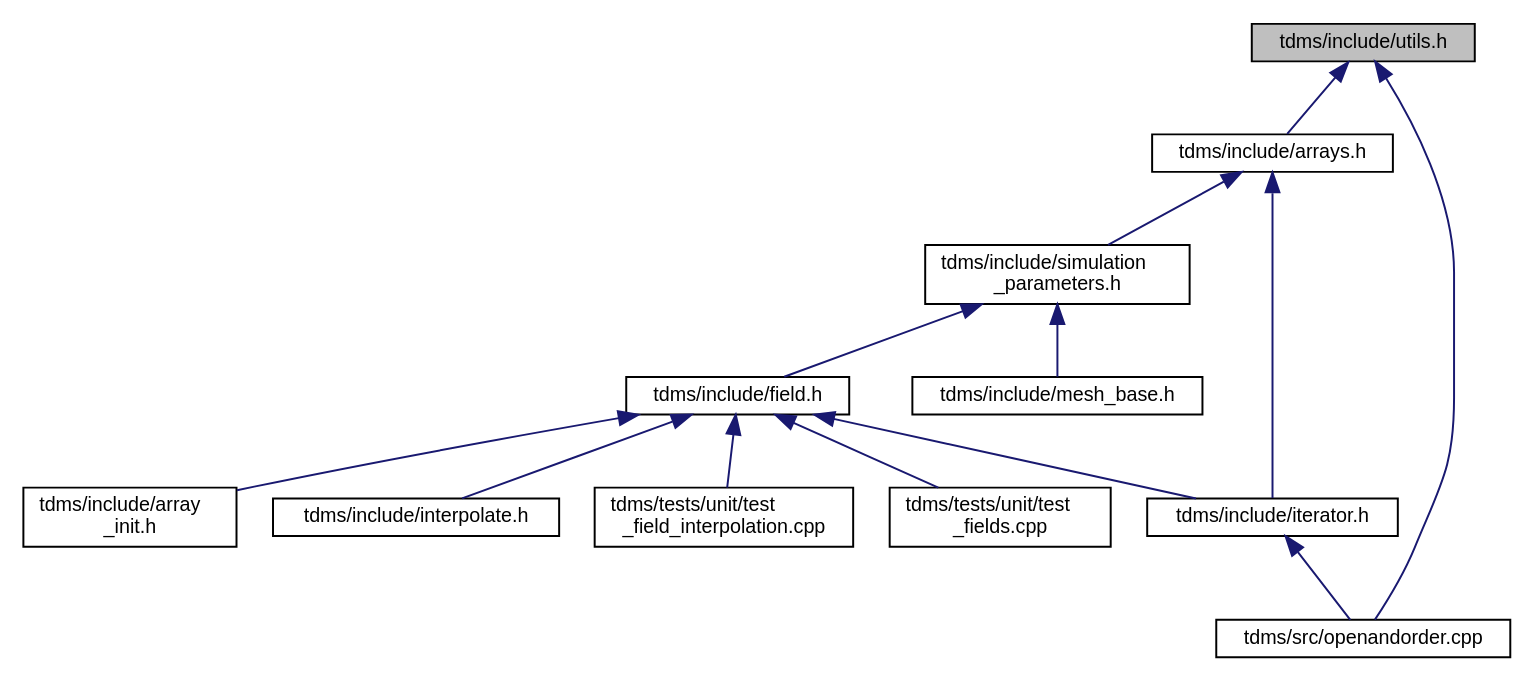
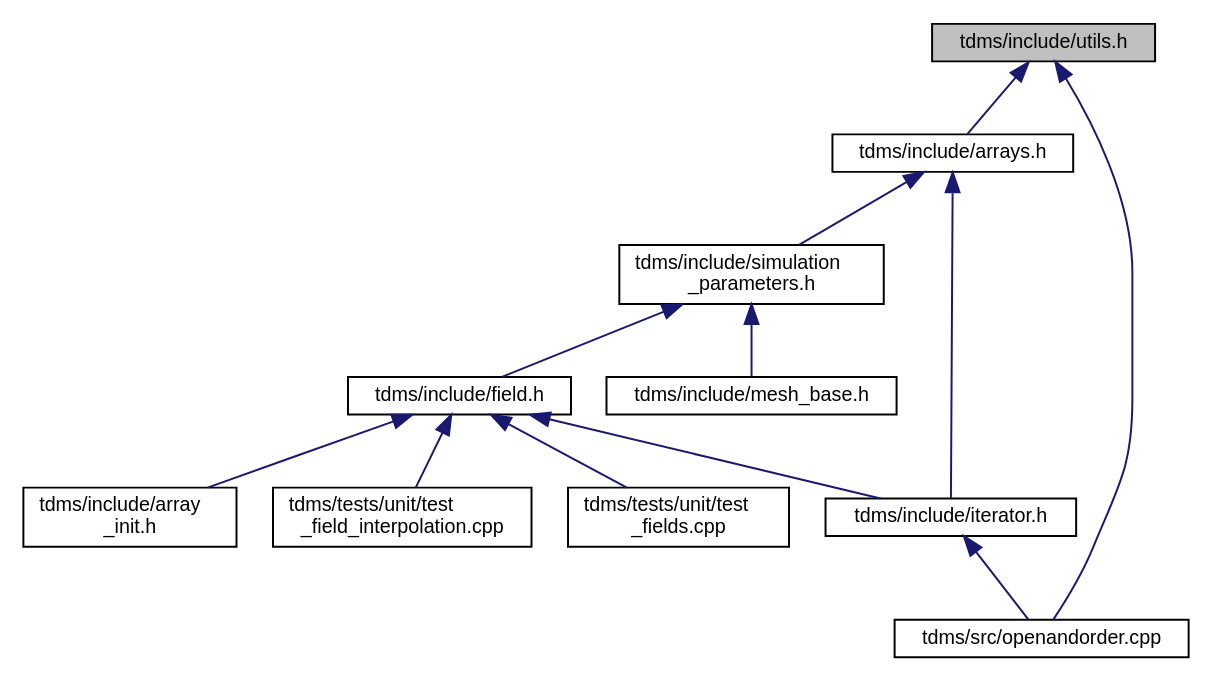
One commit to UCL/TDMS changed the diagram in utils_8h__dep__incl.dot. Above: the diagram before and after it, drawn with Graphviz. The commit also changed 113 other files, not shown here.

```diff
--- a/utils_8h__dep__incl.dot
+++ b/utils_8h__dep__incl.dot
@@ -1,29 +1,27 @@
 digraph "tdms/include/utils.h"
 {
  // LATEX_PDF_SIZE
   edge [fontname="Helvetica",fontsize="10",labelfontname="Helvetica",labelfontsize="10"];
   node [fontname="Helvetica",fontsize="10",shape=record];
   Node1 [label="tdms/include/utils.h",height=0.2,width=0.4,color="black", fillcolor="grey75", style="filled", fontcolor="black",tooltip="Useful miscellaneous utility functions."];
   Node1 -> Node2 [dir="back",color="midnightblue",fontsize="10",style="solid",fontname="Helvetica"];
   Node2 [label="tdms/include/arrays.h",height=0.2,width=0.4,color="black", fillcolor="white", style="filled",URL="$arrays_8h.html",tooltip="Classes describing arrays, vertices etc."];
   Node2 -> Node3 [dir="back",color="midnightblue",fontsize="10",style="solid",fontname="Helvetica"];
   Node3 [label="tdms/include/simulation\l_parameters.h",height=0.2,width=0.4,color="black", fillcolor="white", style="filled",URL="$simulation__parameters_8h.html",tooltip="Classes collecting parameters for the simulation."];
   Node3 -> Node4 [dir="back",color="midnightblue",fontsize="10",style="solid",fontname="Helvetica"];
   Node4 [label="tdms/include/field.h",height=0.2,width=0.4,color="black", fillcolor="white", style="filled",URL="$field_8h.html",tooltip="Classes for the electric and magnetic (split) fields on a grid."];
   Node4 -> Node5 [dir="back",color="midnightblue",fontsize="10",style="solid",fontname="Helvetica"];
   Node5 [label="tdms/include/array\l_init.h",height=0.2,width=0.4,color="black", fillcolor="white", style="filled",URL="$array__init_8h.html",tooltip="A collection of functions for array initialisation given MATLAB pointers."];
   Node4 -> Node6 [dir="back",color="midnightblue",fontsize="10",style="solid",fontname="Helvetica"];
-  Node6 [label="tdms/include/interpolate.h",height=0.2,width=0.4,color="black", fillcolor="white", style="filled",URL="$interpolate_8h.html",tooltip="Interpolation of field values within FDTD grid."];
-  Node4 -> Node7 [dir="back",color="midnightblue",fontsize="10",style="solid",fontname="Helvetica"];
-  Node7 [label="tdms/include/iterator.h",height=0.2,width=0.4,color="black", fillcolor="white", style="filled",URL="$iterator_8h.html",tooltip="The main time propogation algorithm."];
-  Node7 -> Node8 [dir="back",color="midnightblue",fontsize="10",style="solid",fontname="Helvetica"];
-  Node8 [label="tdms/src/openandorder.cpp",height=0.2,width=0.4,color="black", fillcolor="white", style="filled",URL="$openandorder_8cpp.html",tooltip="Launch and file IO."];
+  Node6 [label="tdms/include/iterator.h",height=0.2,width=0.4,color="black", fillcolor="white", style="filled",URL="$iterator_8h.html",tooltip="The main time propogation algorithm."];
+  Node6 -> Node7 [dir="back",color="midnightblue",fontsize="10",style="solid",fontname="Helvetica"];
+  Node7 [label="tdms/src/openandorder.cpp",height=0.2,width=0.4,color="black", fillcolor="white", style="filled",URL="$openandorder_8cpp.html",tooltip="Launch and file IO."];
+  Node4 -> Node8 [dir="back",color="midnightblue",fontsize="10",style="solid",fontname="Helvetica"];
+  Node8 [label="tdms/tests/unit/test\l_field_interpolation.cpp",height=0.2,width=0.4,color="black", fillcolor="white", style="filled",URL="$test__field__interpolation_8cpp.html",tooltip="Tests interpolation of E- and H-fields and compares the errors against MATLAB benchmarks."];
   Node4 -> Node9 [dir="back",color="midnightblue",fontsize="10",style="solid",fontname="Helvetica"];
-  Node9 [label="tdms/tests/unit/test\l_field_interpolation.cpp",height=0.2,width=0.4,color="black", fillcolor="white", style="filled",URL="$test__field__interpolation_8cpp.html",tooltip="Tests interpolation of E- and H-fields and compares the errors against MATLAB benchmarks."];
-  Node4 -> Node10 [dir="back",color="midnightblue",fontsize="10",style="solid",fontname="Helvetica"];
-  Node10 [label="tdms/tests/unit/test\l_fields.cpp",height=0.2,width=0.4,color="black", fillcolor="white", style="filled",URL="$test__fields_8cpp.html",tooltip="Test of the Field class and subclasses."];
-  Node3 -> Node11 [dir="back",color="midnightblue",fontsize="10",style="solid",fontname="Helvetica"];
-  Node11 [label="tdms/include/mesh_base.h",height=0.2,width=0.4,color="black", fillcolor="white", style="filled",URL="$mesh__base_8h.html",tooltip="Generation of orientated mesh."];
-  Node2 -> Node7 [dir="back",color="midnightblue",fontsize="10",style="solid",fontname="Helvetica"];
-  Node1 -> Node8 [dir="back",color="midnightblue",fontsize="10",style="solid",fontname="Helvetica"];
+  Node9 [label="tdms/tests/unit/test\l_fields.cpp",height=0.2,width=0.4,color="black", fillcolor="white", style="filled",URL="$test__fields_8cpp.html",tooltip="Test of the Field class and subclasses."];
+  Node3 -> Node10 [dir="back",color="midnightblue",fontsize="10",style="solid",fontname="Helvetica"];
+  Node10 [label="tdms/include/mesh_base.h",height=0.2,width=0.4,color="black", fillcolor="white", style="filled",URL="$mesh__base_8h.html",tooltip="Generation of orientated mesh."];
+  Node2 -> Node6 [dir="back",color="midnightblue",fontsize="10",style="solid",fontname="Helvetica"];
+  Node1 -> Node7 [dir="back",color="midnightblue",fontsize="10",style="solid",fontname="Helvetica"];
 }
```
